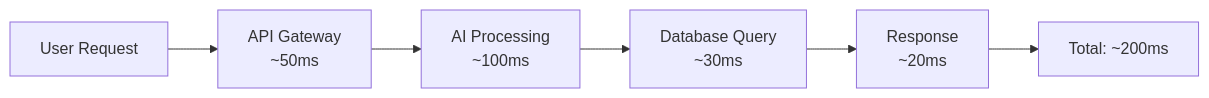
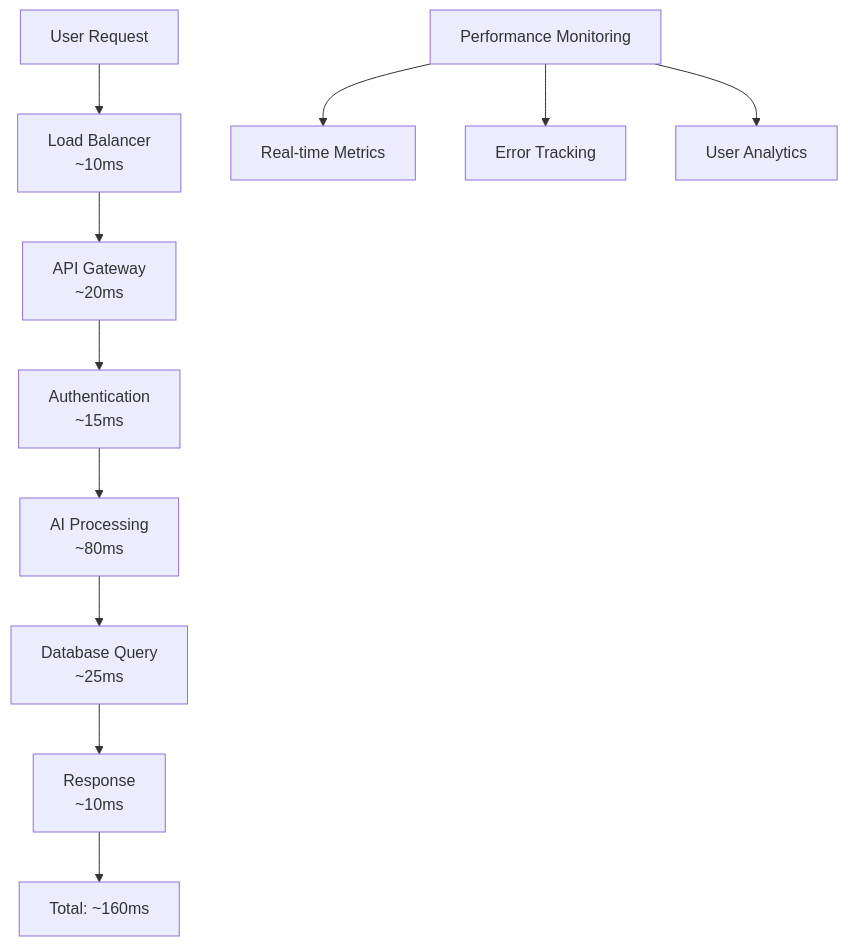
Before and after one commit to Akshit358/Finsage: the sixth of 9 diagrams in README.md, drawn with Mermaid. The commit also changed other lines of this file, not shown here.

````diff
--- a/README.md
+++ b/README.md
@@ -345,8 +373,14 @@
 ```mermaid
-graph LR
-    A[User Request] --> B[API Gateway<br/>~50ms]
-    B --> C[AI Processing<br/>~100ms]
-    C --> D[Database Query<br/>~30ms]
-    D --> E[Response<br/>~20ms]
-    E --> F[Total: ~200ms]
+graph TB
+    A[User Request] --> B[Load Balancer<br/>~10ms]
+    B --> C[API Gateway<br/>~20ms]
+    C --> D[Authentication<br/>~15ms]
+    D --> E[AI Processing<br/>~80ms]
+    E --> F[Database Query<br/>~25ms]
+    F --> G[Response<br/>~10ms]
+    G --> H[Total: ~160ms]
+    
+    I[Performance Monitoring] --> J[Real-time Metrics]
+    I --> K[Error Tracking]
+    I --> L[User Analytics]
 ```
````
